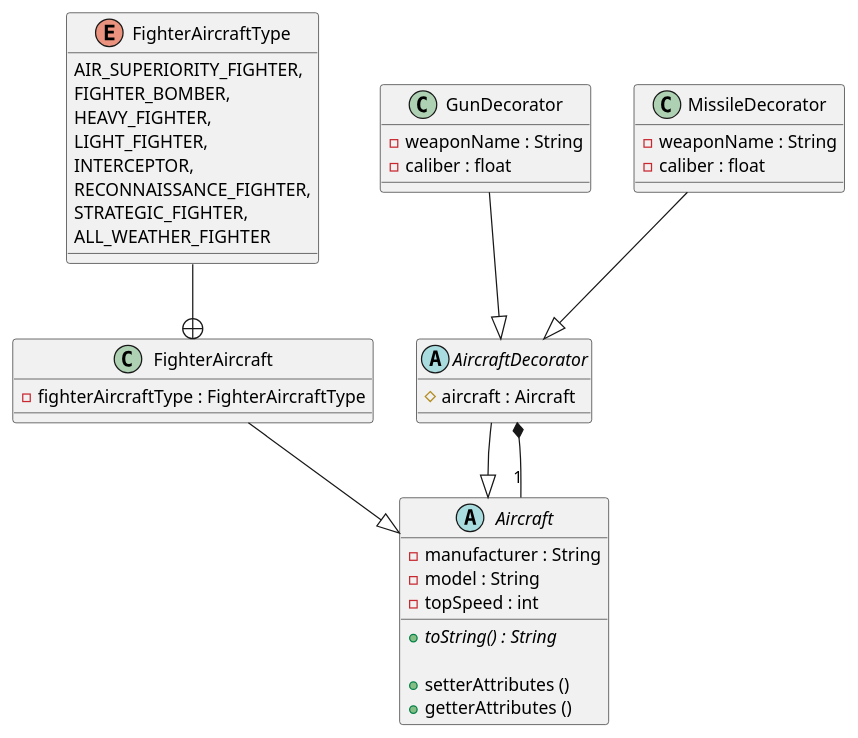
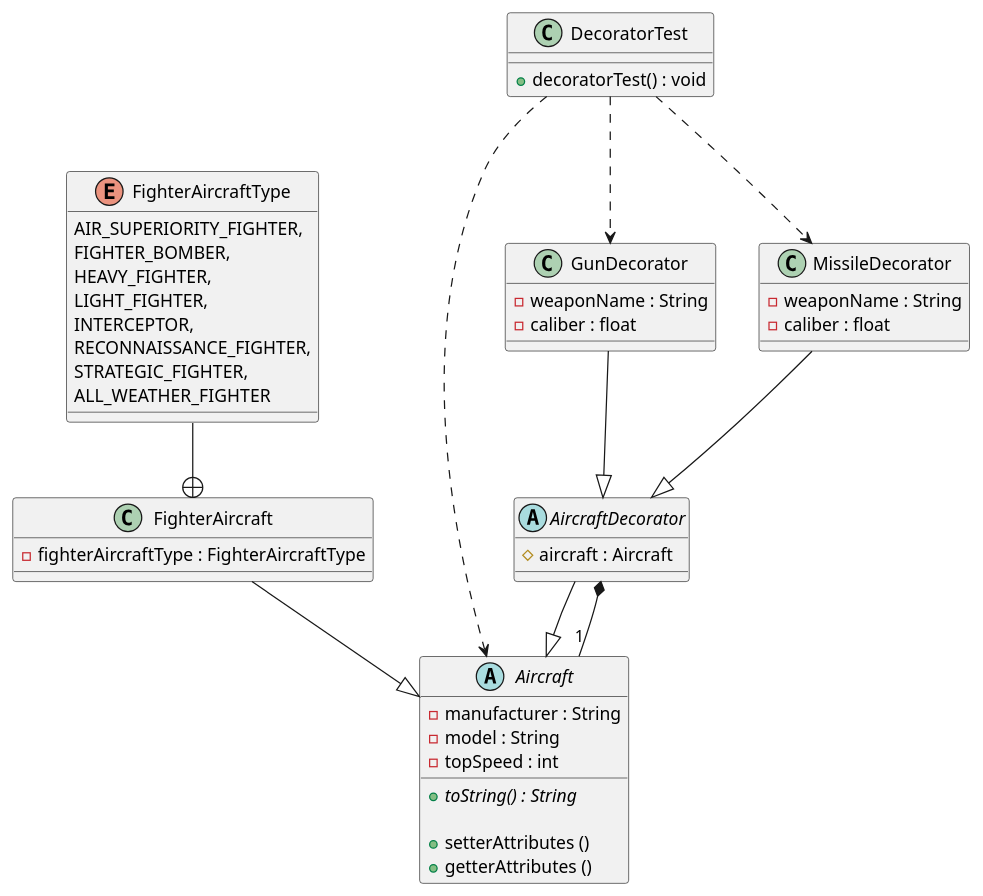
One commit to reza-hdrm/DesignPatterns changed the diagram in src/main/java/com/rezahdrm/structural/decorator/decoratorUML.puml. Above: the diagram before and after it, drawn with PlantUML. The commit also changed 37 other files, not shown here.

```diff
--- a/src/main/java/com/rezahdrm/structural/decorator/decoratorUML.puml
+++ b/src/main/java/com/rezahdrm/structural/decorator/decoratorUML.puml
@@ -1,50 +1,57 @@
 @startuml
 
-abstract class Aircraft{
+abstract class Aircraft {
     - manufacturer : String
     - model : String
     - topSpeed : int
 
     + {abstract} toString() : String
 
     + setterAttributes ()
     + getterAttributes ()
 }
 
-class FighterAircraft{
+class FighterAircraft {
     - fighterAircraftType : FighterAircraftType
 }
 
 enum FighterAircraftType {
     AIR_SUPERIORITY_FIGHTER,
     FIGHTER_BOMBER,
     HEAVY_FIGHTER,
     LIGHT_FIGHTER,
     INTERCEPTOR,
     RECONNAISSANCE_FIGHTER,
     STRATEGIC_FIGHTER,
     ALL_WEATHER_FIGHTER
 }
 
-abstract class AircraftDecorator{
+abstract class AircraftDecorator {
     # aircraft : Aircraft
 }
 
-class GunDecorator{
+class GunDecorator {
     - weaponName : String
     - caliber : float
 }
 
-class MissileDecorator{
+class MissileDecorator {
     - weaponName : String
     - caliber : float
+}
+
+class DecoratorTest {
+    + decoratorTest() : void
 }
 
 
 FighterAircraft --|> Aircraft
 AircraftDecorator --|> Aircraft
 AircraftDecorator *--"1" Aircraft
 FighterAircraftType --+ FighterAircraft
 GunDecorator --|> AircraftDecorator
 MissileDecorator --|> AircraftDecorator
+DecoratorTest ..> Aircraft
+DecoratorTest ..> MissileDecorator
+DecoratorTest ..> GunDecorator
 @enduml
```
